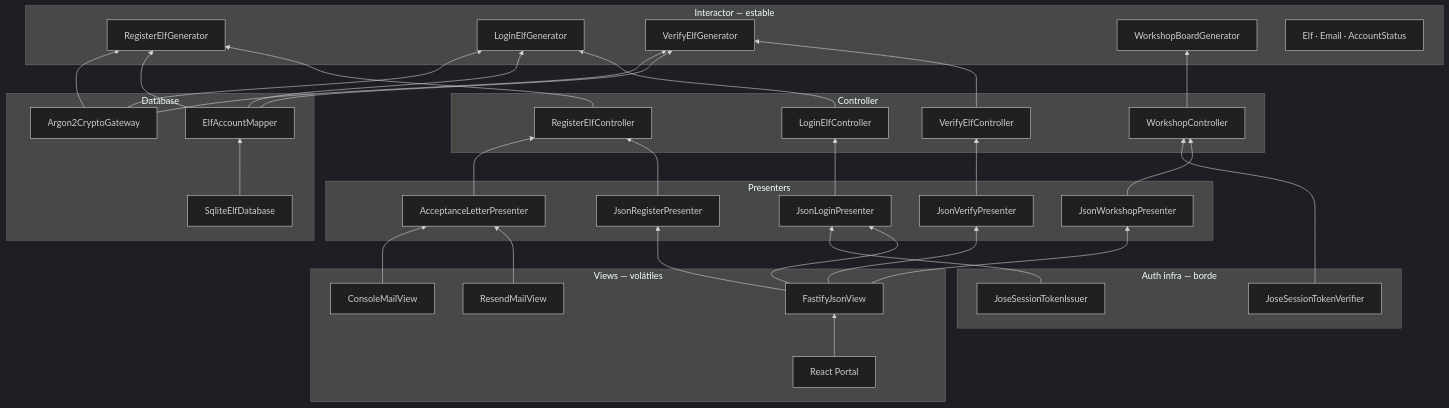
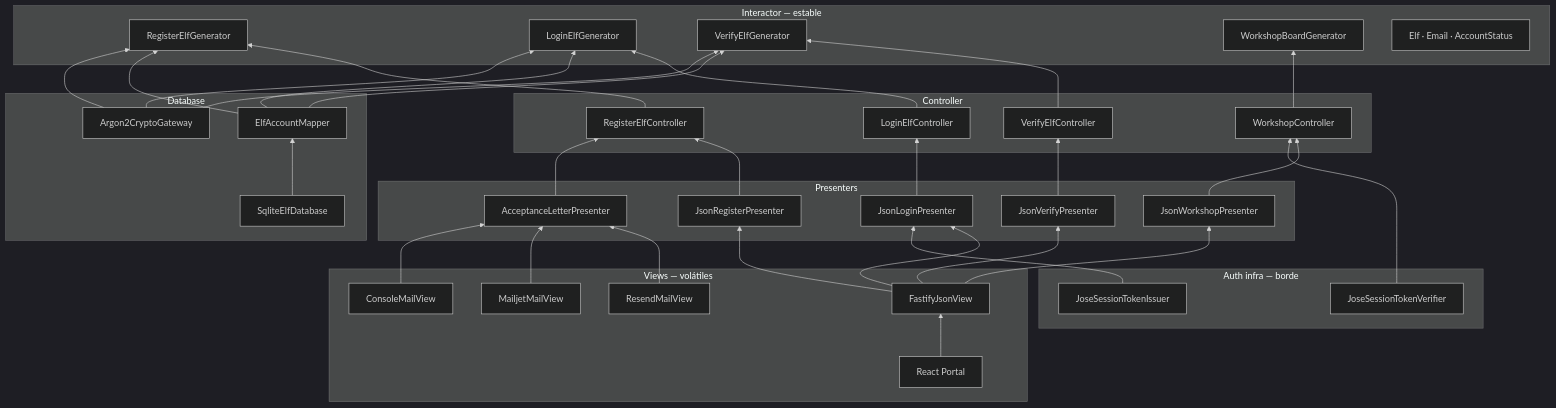
The first of 2 diagrams in docs/component-diagram.md (derekCmorales/santa-alert), drawn with Mermaid (dark theme) before and after one commit. The commit also changed other lines of this file and 18 other files, not shown here.

First line of the commit message:
feat: add Mailjet as a third MailView without reopening the generator

````diff
--- a/docs/component-diagram.md
+++ b/docs/component-diagram.md
@@ -7,73 +7,75 @@
 ```mermaid
 flowchart BT
   subgraph views [Views — volátiles]
     FastifyJsonView
     ReactPortal["React Portal"]
     ResendMailView
+    MailjetMailView
     ConsoleMailView
   end
 
   subgraph presenters [Presenters]
     JsonRegisterPresenter
     JsonLoginPresenter
     JsonVerifyPresenter
     JsonWorkshopPresenter
     AcceptanceLetterPresenter
   end
 
   subgraph controller [Controller]
     RegisterElfController
     LoginElfController
     VerifyElfController
     WorkshopController
   end
 
   subgraph interactor [Interactor — estable]
     RegisterElfGenerator
     LoginElfGenerator
     VerifyElfGenerator
     WorkshopBoardGenerator
     ElfEntities["Elf · Email · AccountStatus"]
   end
 
   subgraph database [Database]
     ElfAccountMapper
     Argon2CryptoGateway
     SqliteElfDatabase
   end
 
   subgraph auth_infra [Auth infra — borde]
     JoseSessionTokenIssuer
     JoseSessionTokenVerifier
   end
 
   FastifyJsonView --> JsonRegisterPresenter
   FastifyJsonView --> JsonLoginPresenter
   FastifyJsonView --> JsonVerifyPresenter
   FastifyJsonView --> JsonWorkshopPresenter
   ReactPortal --> FastifyJsonView
   ResendMailView --> AcceptanceLetterPresenter
+  MailjetMailView --> AcceptanceLetterPresenter
   ConsoleMailView --> AcceptanceLetterPresenter
 
   JsonRegisterPresenter --> RegisterElfController
   AcceptanceLetterPresenter --> RegisterElfController
   JsonLoginPresenter --> LoginElfController
   JsonVerifyPresenter --> VerifyElfController
   JsonWorkshopPresenter --> WorkshopController
 
   RegisterElfController --> RegisterElfGenerator
   LoginElfController --> LoginElfGenerator
   VerifyElfController --> VerifyElfGenerator
   WorkshopController --> WorkshopBoardGenerator
 
   ElfAccountMapper --> RegisterElfGenerator
   ElfAccountMapper --> LoginElfGenerator
   ElfAccountMapper --> VerifyElfGenerator
   Argon2CryptoGateway --> RegisterElfGenerator
   Argon2CryptoGateway --> LoginElfGenerator
   Argon2CryptoGateway --> VerifyElfGenerator
   SqliteElfDatabase --> ElfAccountMapper
 
   JoseSessionTokenIssuer --> JsonLoginPresenter
   JoseSessionTokenVerifier --> WorkshopController
 ```
````
